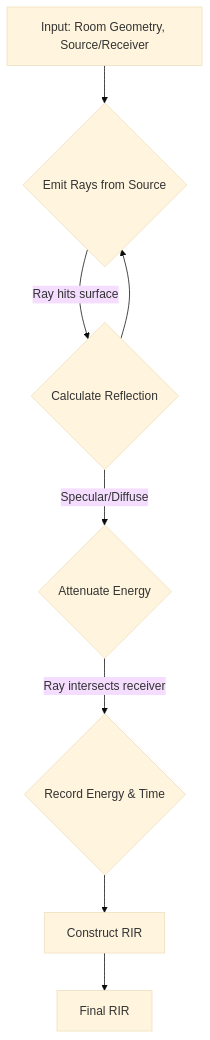
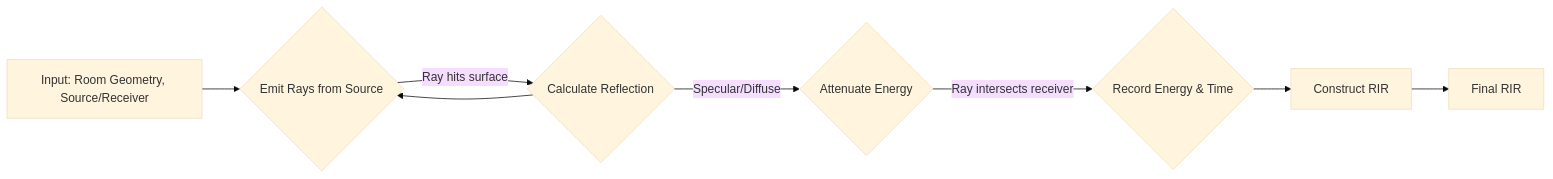
One commit to cyrta/RayRoom changed the diagram in rayroom/engines/raytracer/README.md. Above: the diagram before and after it, drawn with Mermaid (base theme). The commit also changed 4 other files, not shown here.

Commit message:
Make diagrams horizontal

````diff
--- a/rayroom/engines/raytracer/README.md
+++ b/rayroom/engines/raytracer/README.md
@@ -9,10 +9,10 @@
 ```mermaid
-graph TD
+graph LR
     A[Input: Room Geometry, Source/Receiver] --> B{Emit Rays from Source};
     B -- Ray hits surface --> C{Calculate Reflection};
     C -- Specular/Diffuse --> D{Attenuate Energy};
     D -- Ray intersects receiver --> E{Record Energy & Time};
     C --> B;
     E --> F[Construct RIR];
     F --> G[Final RIR];
 ```
````
